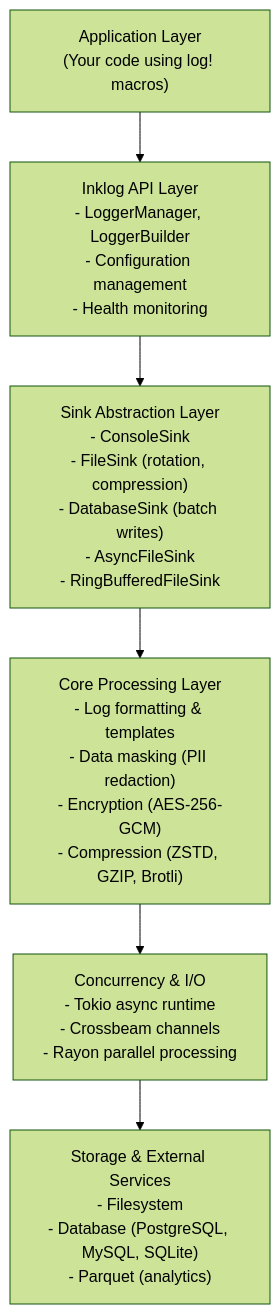
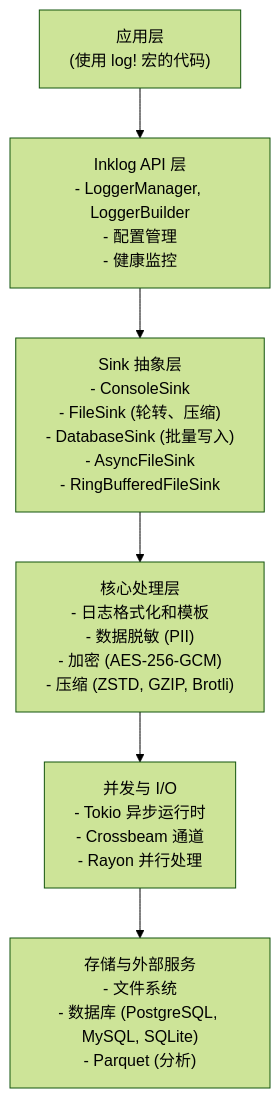
One commit to Kirky-X/inklog changed the diagram in README.md. Above: the diagram before and after it, drawn with Mermaid (forest theme). The commit also changed other lines of this file and 3 other files, not shown here.

````diff
--- a/README.md
+++ b/README.md
@@ -622,11 +641,11 @@
 ```mermaid
 flowchart TD
-    App["Application Layer<br/>(Your code using log! macros)"]
-    API["Inklog API Layer<br/>- LoggerManager, LoggerBuilder<br/>- Configuration management<br/>- Health monitoring"]
-    Sink["Sink Abstraction Layer<br/>- ConsoleSink<br/>- FileSink (rotation, compression)<br/>- DatabaseSink (batch writes)<br/>- AsyncFileSink<br/>- RingBufferedFileSink"]
-    Core["Core Processing Layer<br/>- Log formatting & templates<br/>- Data masking (PII redaction)<br/>- Encryption (AES-256-GCM)<br/>- Compression (ZSTD, GZIP, Brotli)"]
-    IO["Concurrency & I/O<br/>- Tokio async runtime<br/>- Crossbeam channels<br/>- Rayon parallel processing"]
-    Store["Storage & External Services<br/>- Filesystem<br/>- Database (PostgreSQL, MySQL, SQLite)<br/>- Parquet (analytics)"]
+    App["应用层<br/>(使用 log! 宏的代码)"]
+    API["Inklog API 层<br/>- LoggerManager, LoggerBuilder<br/>- 配置管理<br/>- 健康监控"]
+    Sink["Sink 抽象层<br/>- ConsoleSink<br/>- FileSink (轮转、压缩)<br/>- DatabaseSink (批量写入)<br/>- AsyncFileSink<br/>- RingBufferedFileSink"]
+    Core["核心处理层<br/>- 日志格式化和模板<br/>- 数据脱敏 (PII)<br/>- 加密 (AES-256-GCM)<br/>- 压缩 (ZSTD, GZIP, Brotli)"]
+    IO["并发与 I/O<br/>- Tokio 异步运行时<br/>- Crossbeam 通道<br/>- Rayon 并行处理"]
+    Store["存储与外部服务<br/>- 文件系统<br/>- 数据库 (PostgreSQL, MySQL, SQLite)<br/>- Parquet (分析)"]
 
     App --> API --> Sink --> Core --> IO --> Store
 ```
````
